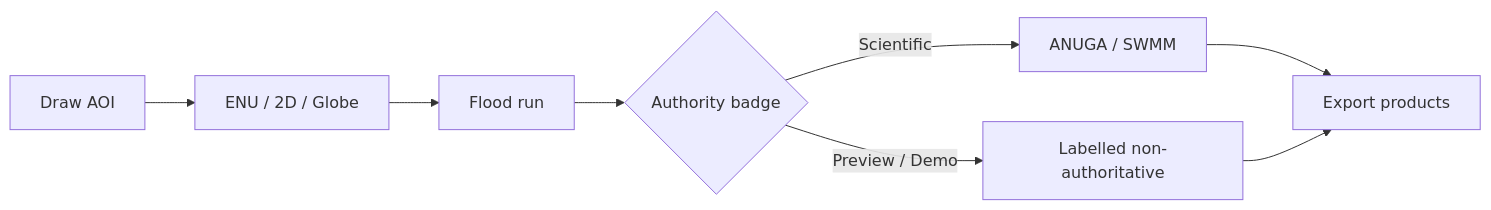
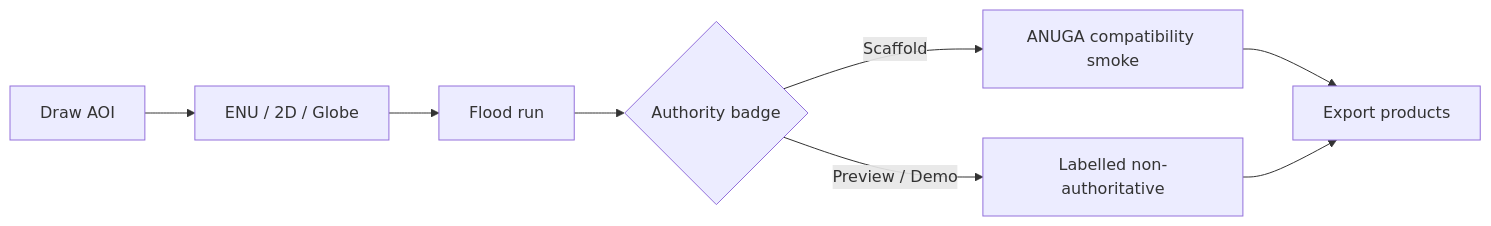
One commit to ericcayers-ai/instasplatter changed the third of 3 diagrams in README.md. Above: the diagram before and after it, drawn with Mermaid. The commit also changed other lines of this file and 311 other files, not shown here.

````diff
--- a/README.md
+++ b/README.md
@@ -101,10 +101,10 @@
 ```mermaid
 flowchart LR
   A["Draw AOI"] --> B["ENU / 2D / Globe"]
   B --> C["Flood run"]
   C --> D{"Authority badge"}
-  D -->|Scientific| E["ANUGA / SWMM"]
+  D -->|Scaffold| E["ANUGA compatibility smoke"]
   D -->|Preview / Demo| F["Labelled non-authoritative"]
   E --> G["Export products"]
   F --> G
 ```
````
